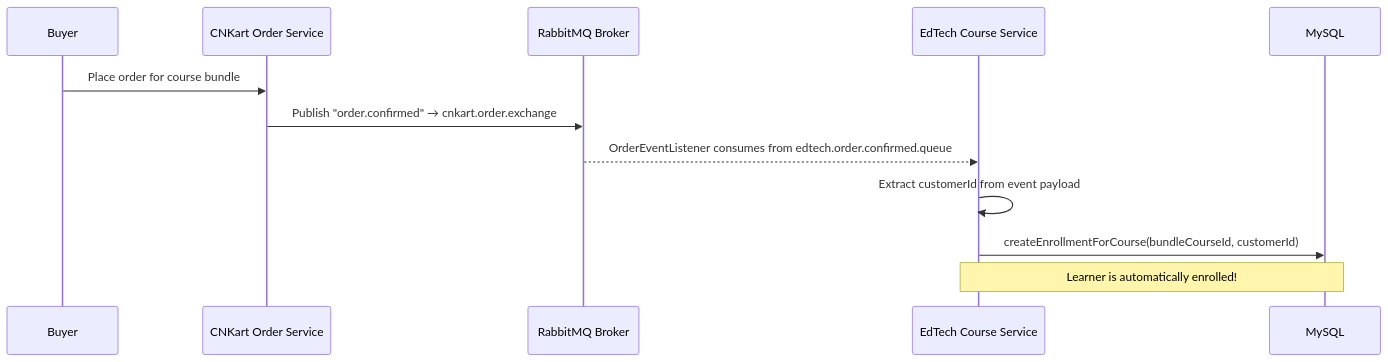
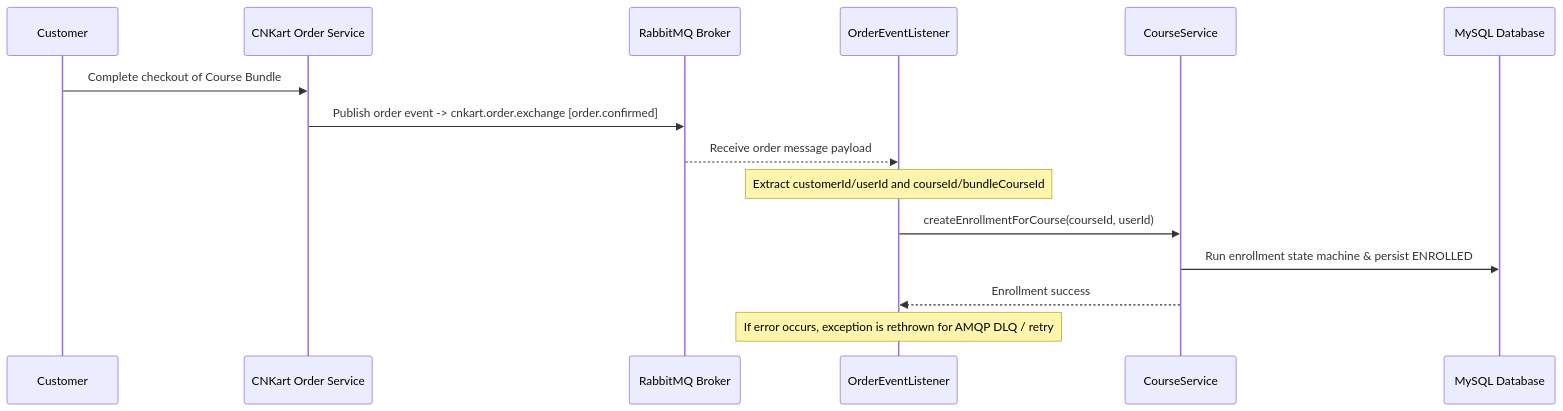
One commit to byte2code/course-service changed the seventh of 8 diagrams in README.md. Above: the diagram before and after it, drawn with Mermaid. The commit also changed other lines of this file, not shown here.

Commit message:
docs: enrich README with architecture, caching, N+1 optimization, and sequence diagrams

````diff
--- a/README.md
+++ b/README.md
@@ -314,15 +363,18 @@
 ```mermaid
 sequenceDiagram
-    participant Buyer
+    participant Customer as Customer
     participant CNKart as CNKart Order Service
-    participant Broker as RabbitMQ Broker
-    participant EdTech as EdTech Course Service
-    participant DB as MySQL
+    participant Rabbit as RabbitMQ Broker
+    participant Listener as OrderEventListener
+    participant CourseSvc as CourseService
+    participant MySQL as MySQL Database
 
-    Buyer->>CNKart: Place order for course bundle
-    CNKart->>Broker: Publish "order.confirmed" → cnkart.order.exchange
-    Broker-->>EdTech: OrderEventListener consumes from edtech.order.confirmed.queue
-    EdTech->>EdTech: Extract customerId from event payload
-    EdTech->>DB: createEnrollmentForCourse(bundleCourseId, customerId)
-    Note over EdTech,DB: Learner is automatically enrolled!
+    Customer->>CNKart: Complete checkout of Course Bundle
+    CNKart->>Rabbit: Publish order event -> cnkart.order.exchange [order.confirmed]
+    Rabbit-->>Listener: Receive order message payload
+    Note over Listener: Extract customerId/userId and courseId/bundleCourseId
+    Listener->>CourseSvc: createEnrollmentForCourse(courseId, userId)
+    CourseSvc->>MySQL: Run enrollment state machine & persist ENROLLED
+    CourseSvc-->>Listener: Enrollment success
+    Note over Listener: If error occurs, exception is rethrown for AMQP DLQ / retry
 ```
````
